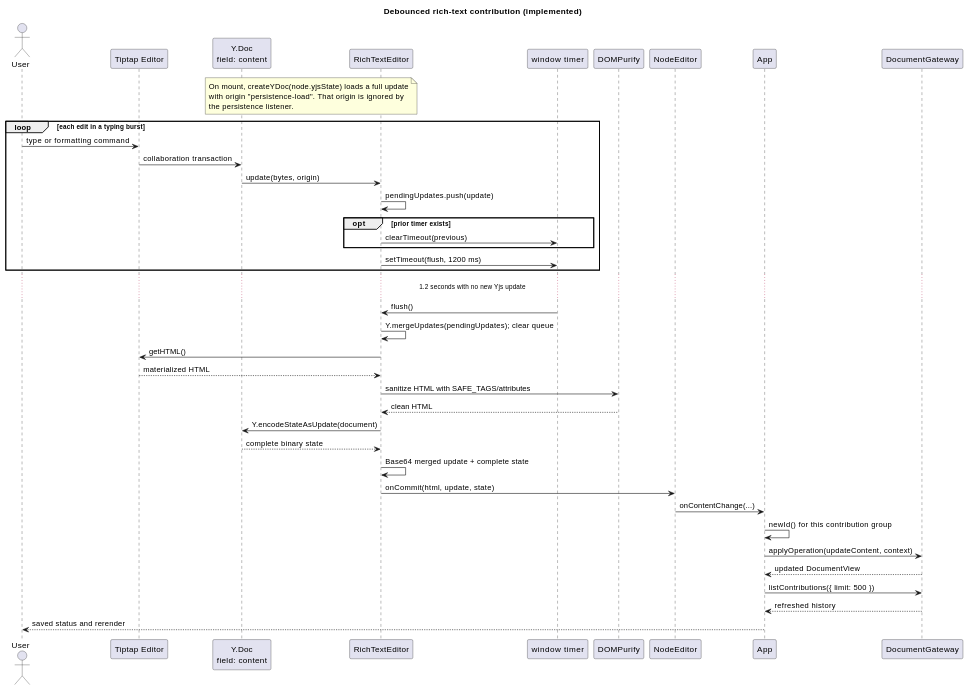
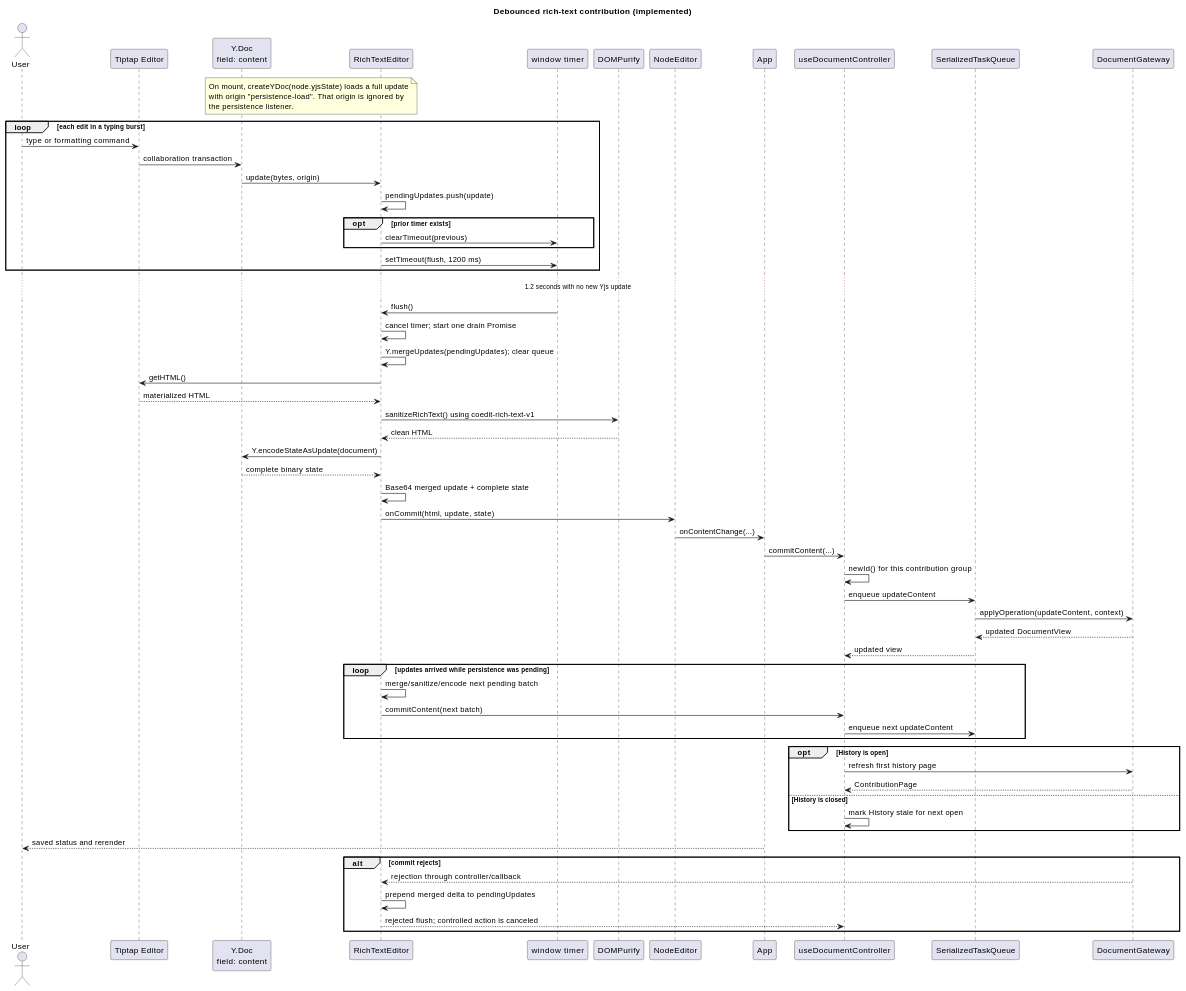
One commit to benoit-gl/coedit changed the sixth of 13 diagrams in docs/SEQUENCE_DIAGRAMS.md. Above: the diagram before and after it, drawn with PlantUML. The commit also changed other lines of this file and 44 other files, not shown here.

Commit message:
Architectural update (cleanup)

````diff
--- a/docs/SEQUENCE_DIAGRAMS.md
+++ b/docs/SEQUENCE_DIAGRAMS.md
@@ -294,50 +329,71 @@
 ```plantuml
 @startuml
 title Debounced rich-text contribution (implemented)
 actor User
 participant "Tiptap Editor" as Tiptap
 participant "Y.Doc\nfield: content" as YDoc
 participant "RichTextEditor" as Rich
 participant "window timer" as Timer
 participant "DOMPurify" as Purify
 participant "NodeEditor" as NodeEditor
 participant "App" as App
+participant "useDocumentController" as Controller
+participant "SerializedTaskQueue" as Queue
 participant "DocumentGateway" as Gateway
 
 note over Rich,YDoc
   On mount, createYDoc(node.yjsState) loads a full update
   with origin "persistence-load". That origin is ignored by
   the persistence listener.
 end note
 
 loop each edit in a typing burst
   User -> Tiptap : type or formatting command
   Tiptap -> YDoc : collaboration transaction
   YDoc -> Rich : update(bytes, origin)
   Rich -> Rich : pendingUpdates.push(update)
   opt prior timer exists
     Rich -> Timer : clearTimeout(previous)
   end
   Rich -> Timer : setTimeout(flush, 1200 ms)
 end
 
 ... 1.2 seconds with no new Yjs update ...
 Timer -> Rich : flush()
+Rich -> Rich : cancel timer; start one drain Promise
 Rich -> Rich : Y.mergeUpdates(pendingUpdates); clear queue
 Rich -> Tiptap : getHTML()
 Tiptap --> Rich : materialized HTML
-Rich -> Purify : sanitize HTML with SAFE_TAGS/attributes
+Rich -> Purify : sanitizeRichText() using coedit-rich-text-v1
 Purify --> Rich : clean HTML
 Rich -> YDoc : Y.encodeStateAsUpdate(document)
 YDoc --> Rich : complete binary state
 Rich -> Rich : Base64 merged update + complete state
 Rich -> NodeEditor : onCommit(html, update, state)
 NodeEditor -> App : onContentChange(...)
-App -> App : newId() for this contribution group
-App -> Gateway : applyOperation(updateContent, context)
-Gateway --> App : updated DocumentView
-App -> Gateway : listContributions({ limit: 500 })
-Gateway --> App : refreshed history
+App -> Controller : commitContent(...)
+Controller -> Controller : newId() for this contribution group
+Controller -> Queue : enqueue updateContent
+Queue -> Gateway : applyOperation(updateContent, context)
+Gateway --> Queue : updated DocumentView
+Queue --> Controller : updated view
+loop updates arrived while persistence was pending
+  Rich -> Rich : merge/sanitize/encode next pending batch
+  Rich -> Controller : commitContent(next batch)
+  Controller -> Queue : enqueue next updateContent
+end
+opt History is open
+  Controller -> Gateway : refresh first history page
+  Gateway --> Controller : ContributionPage
+else History is closed
+  Controller -> Controller : mark History stale for next open
+end
 App --> User : saved status and rerender
+
+alt commit rejects
+  Gateway --> Rich : rejection through controller/callback
+  Rich -> Rich : prepend merged delta to pendingUpdates
+  Rich --> Controller : rejected flush; controlled action is canceled
+end
 @enduml
 ```
````
